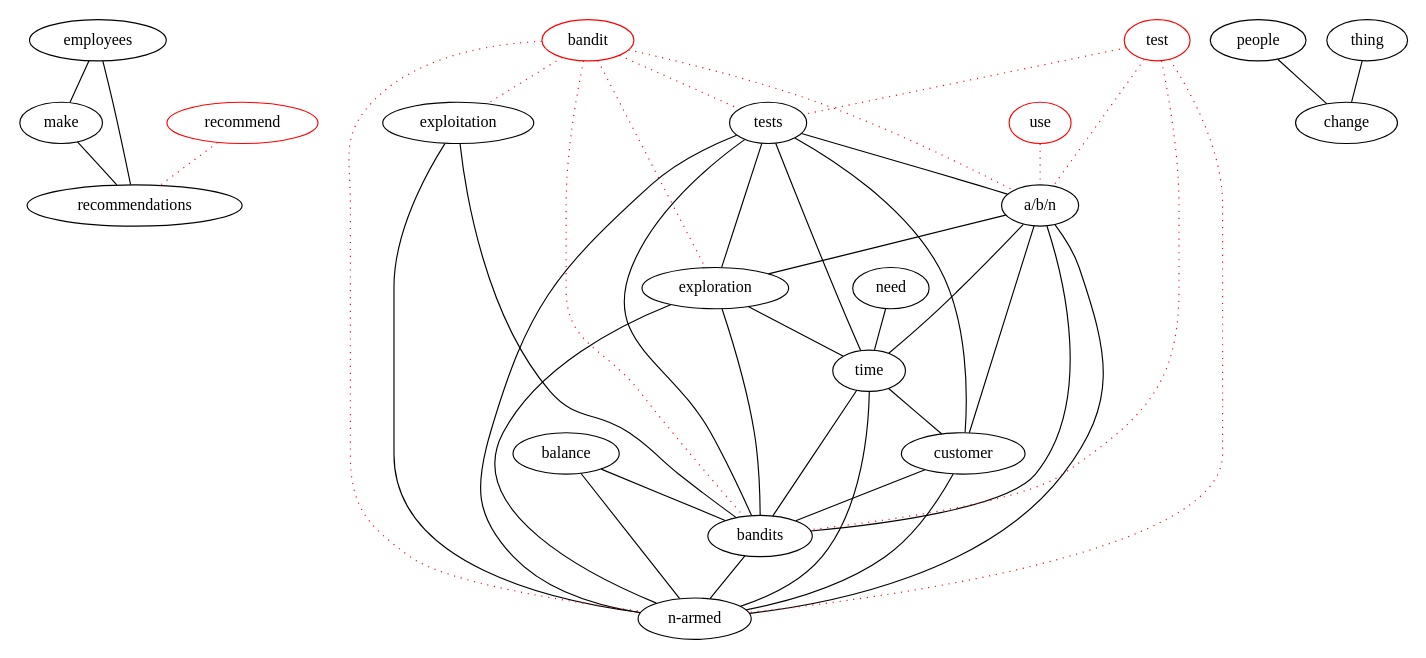
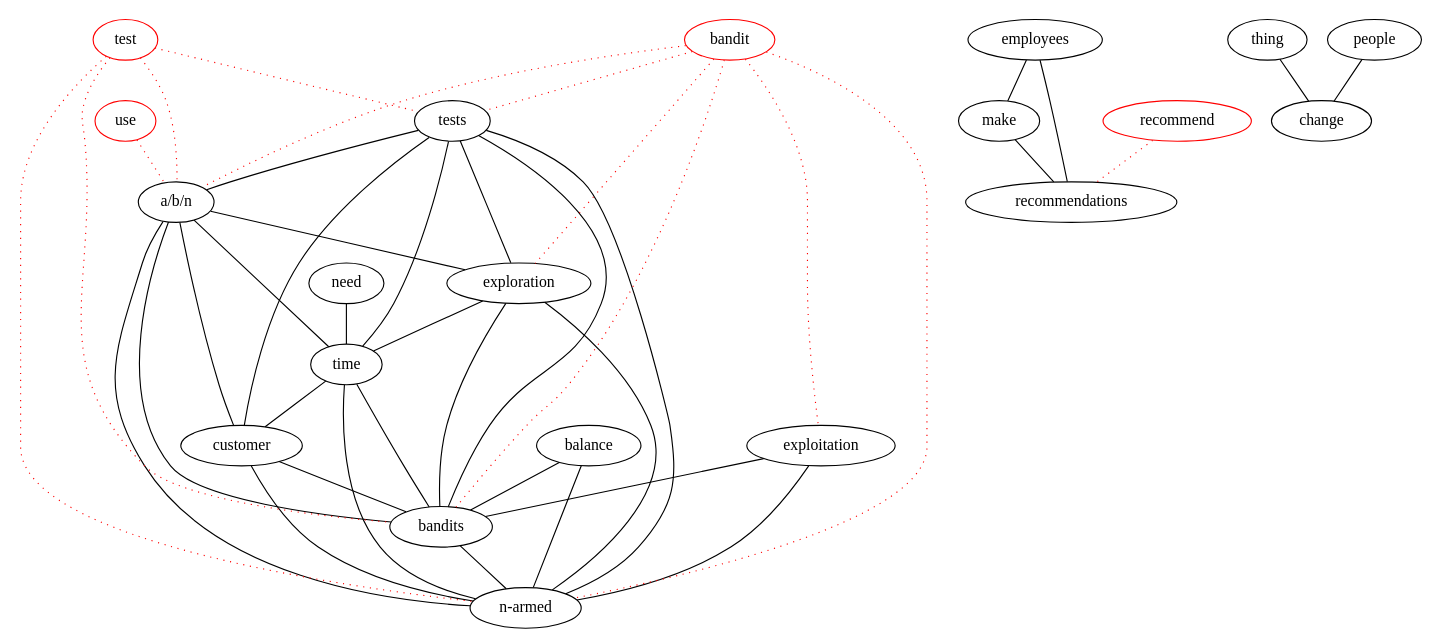
One commit to michaelweiss/keygraph changed the diagram in dot/actions.dot. Above: the diagram before and after it, drawn with Graphviz. The commit also changed other lines of this file and 2 other files, not shown here.

```diff
--- a/dot/actions.dot
+++ b/dot/actions.dot
@@ -1,65 +1,65 @@
 graph keygraph {
 graph [size="10,10"]
+time [color="black"]
 make [color="black"]
-recommendations [color="black"]
+"n-armed" [color="black"]
+"a/b/n" [color="black"]
 exploitation [color="black"]
 need [color="black"]
-time [color="black"]
+exploration [color="black"]
+recommendations [color="black"]
+tests [color="black"]
+bandits [color="black"]
+change [color="black"]
+thing [color="black"]
+employees [color="black"]
+balance [color="black"]
+customer [color="black"]
 people [color="black"]
-change [color="black"]
-customer [color="black"]
-balance [color="black"]
-"a/b/n" [color="black"]
-thing [color="black"]
-"n-armed" [color="black"]
-exploration [color="black"]
-bandits [color="black"]
-tests [color="black"]
-employees [color="black"]
+test [color="red"]
+use [color="red"]
 recommend [color="red"]
 bandit [color="red"]
-test [color="red"]
-use [color="red"]
 balance--bandits
 balance--"n-armed"
 employees--make
 employees--recommendations
 make--recommendations
 tests--exploration
 tests--time
 tests--customer
 "a/b/n"--exploration
 "a/b/n"--time
 "a/b/n"--customer
 people--change
 exploration--time
 need--time
 time--bandits
 time--"n-armed"
 customer--bandits
 customer--"n-armed"
 thing--change
 exploitation--bandits
 exploitation--"n-armed"
 exploration--bandits
 exploration--"n-armed"
 time--customer
 tests--"a/b/n"
 tests--bandits
 tests--"n-armed"
 "a/b/n"--bandits
 "a/b/n"--"n-armed"
 bandits--"n-armed"
 recommend--recommendations [color="red", style="dotted"]
 use--"a/b/n" [color="red", style="dotted"]
 bandit--exploitation [color="red", style="dotted"]
 bandit--exploration [color="red", style="dotted"]
 test--tests [color="red", style="dotted"]
 test--bandits [color="red", style="dotted"]
 test--"n-armed" [color="red", style="dotted"]
 bandit--tests [color="red", style="dotted"]
 bandit--"a/b/n" [color="red", style="dotted"]
 test--"a/b/n" [color="red", style="dotted"]
 bandit--bandits [color="red", style="dotted"]
 bandit--"n-armed" [color="red", style="dotted"]
 }
```
